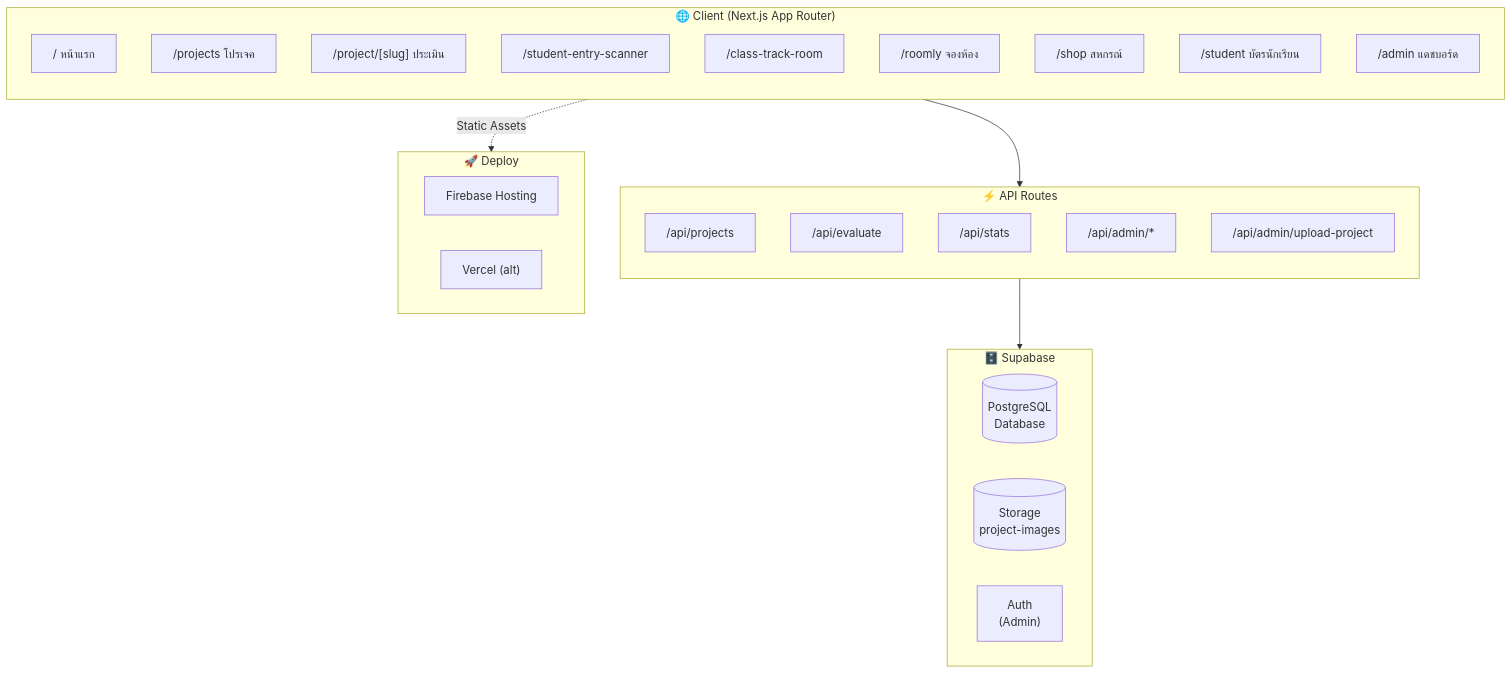
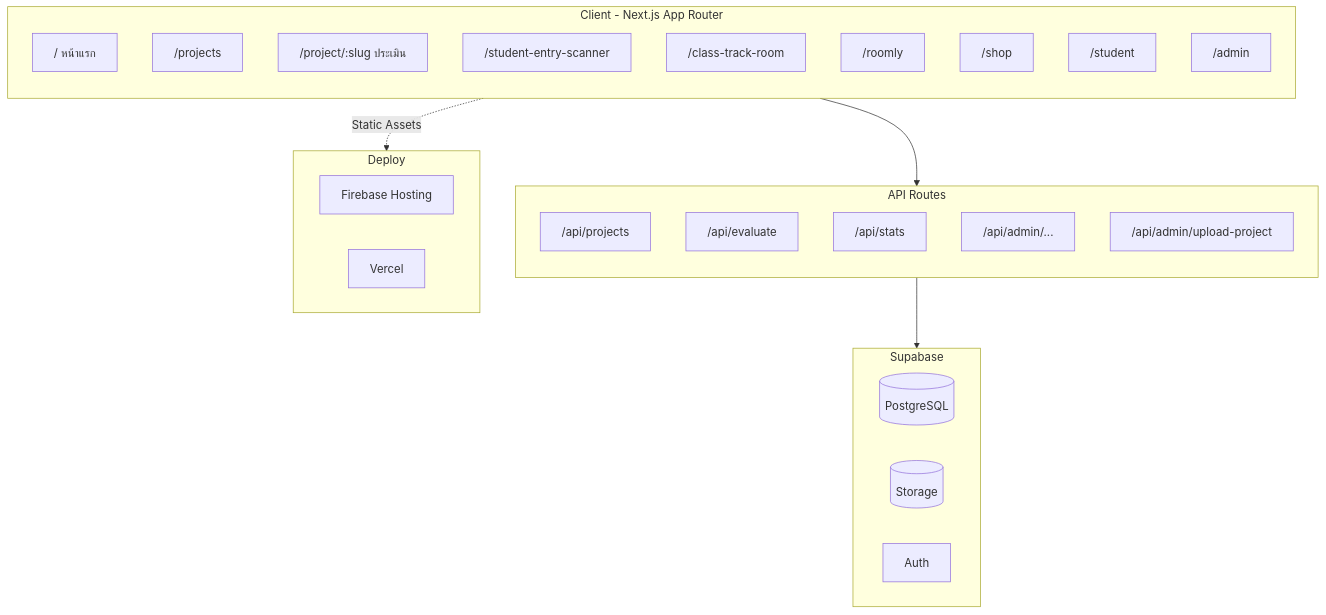
Before and after one commit to Centered101/ASIA-BOT: the first of 2 diagrams in README.md, drawn with Mermaid.

Commit message:
เอาใหม่

````diff
--- a/README.md
+++ b/README.md
@@ -45,40 +45,40 @@
 ```mermaid
 graph TB
-    subgraph Client["🌐 Client (Next.js App Router)"]
+    subgraph Client[Client - Next.js App Router]
         direction TB
         Home["/ หน้าแรก"]
-        Projects["/projects โปรเจค"]
-        Eval["/project/[slug] ประเมิน"]
+        Projects["/projects"]
+        Eval["/project/:slug ประเมิน"]
         Scanner["/student-entry-scanner"]
         ClassRoom["/class-track-room"]
-        Roomly["/roomly จองห้อง"]
-        Shop["/shop สหกรณ์"]
-        Student["/student บัตรนักเรียน"]
-        Admin["/admin แดชบอร์ด"]
+        Roomly["/roomly"]
+        Shop["/shop"]
+        Student["/student"]
+        Admin["/admin"]
     end
 
-    subgraph API["⚡ API Routes"]
+    subgraph API[API Routes]
         direction TB
         ApiProjects["/api/projects"]
         ApiEval["/api/evaluate"]
         ApiStats["/api/stats"]
-        ApiAdmin["/api/admin/*"]
+        ApiAdmin["/api/admin/..."]
         ApiUpload["/api/admin/upload-project"]
     end
 
-    subgraph Backend["🗄️ Supabase"]
+    subgraph Backend[Supabase]
         direction LR
-        DB[("PostgreSQL\nDatabase")]
-        Storage[("Storage\nproject-images")]
-        Auth["Auth\n(Admin)"]
+        DB[(PostgreSQL)]
+        Storage[(Storage)]
+        Auth[Auth]
     end
 
-    subgraph Deploy["🚀 Deploy"]
-        Firebase["Firebase Hosting"]
-        Vercel["Vercel (alt)"]
+    subgraph Deploy[Deploy]
+        Firebase[Firebase Hosting]
+        Vercel[Vercel]
     end
 
     Client --> API
     API --> Backend
-    Client -.->|"Static Assets"| Deploy
+    Client -.->|Static Assets| Deploy
 ```
````
